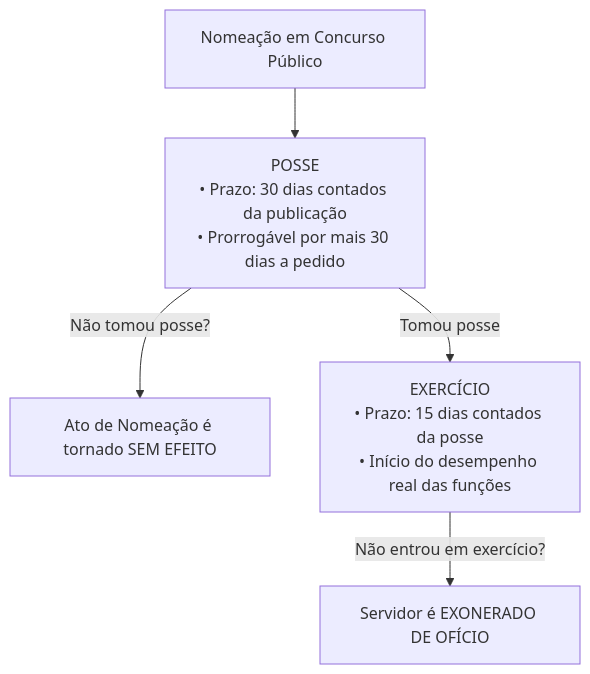
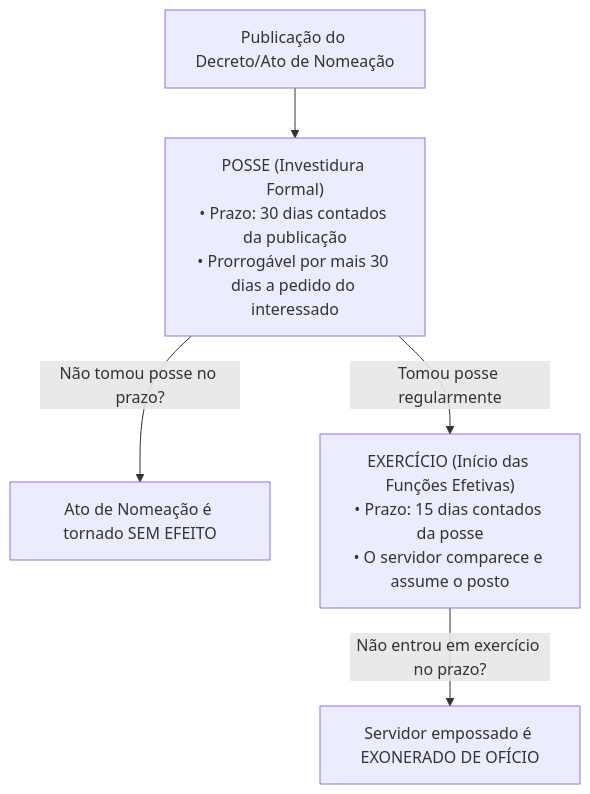
Before and after one commit to thiagosantos346/TCE-GO-2027: the first of 3 diagrams in fontes_de_estudo/conhecimentos_gerais/03_legislacao_institucional/04_regime_juridico_servidores_e_pccr_leis_20756_e_15122.md, drawn with Mermaid. The commit also changed other lines of this file and 119 other files, not shown here.

````diff
--- a/fontes_de_estudo/conhecimentos_gerais/03_legislacao_institucional/04_regime_juridico_servidores_e_pccr_leis_20756_e_15122.md
+++ b/fontes_de_estudo/conhecimentos_gerais/03_legislacao_institucional/04_regime_juridico_servidores_e_pccr_leis_20756_e_15122.md
@@ -101,10 +76,10 @@
 ```mermaid
 graph TD
-    Nomeacao["Nomeação em Concurso Público"]
+    Nomeacao["Publicação do Decreto/Ato de Nomeação"]
     
-    Nomeacao --> Posse["POSSE<br/>• Prazo: 30 dias contados da publicação<br/>• Prorrogável por mais 30 dias a pedido"]
-    Posse -->|Não tomou posse?| SemEfeito["Ato de Nomeação é tornado SEM EFEITO"]
+    Nomeacao --> Posse["POSSE (Investidura Formal)<br/>• Prazo: 30 dias contados da publicação<br/>• Prorrogável por mais 30 dias a pedido do interessado"]
+    Posse -->|Não tomou posse no prazo?| SemEfeito["Ato de Nomeação é tornado SEM EFEITO"]
     
-    Posse -->|Tomou posse| Exercicio["EXERCÍCIO<br/>• Prazo: 15 dias contados da posse<br/>• Início do desempenho real das funções"]
-    Exercicio -->|Não entrou em exercício?| Exoneracao["Servidor é EXONERADO DE OFÍCIO"]
+    Posse -->|Tomou posse regularmente| Exercicio["EXERCÍCIO (Início das Funções Efetivas)<br/>• Prazo: 15 dias contados da posse<br/>• O servidor comparece e assume o posto"]
+    Exercicio -->|Não entrou em exercício no prazo?| Exoneracao["Servidor empossado é EXONERADO DE OFÍCIO"]
 ```
````
